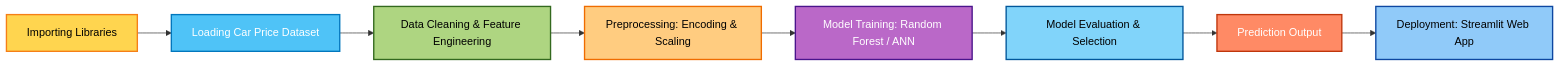
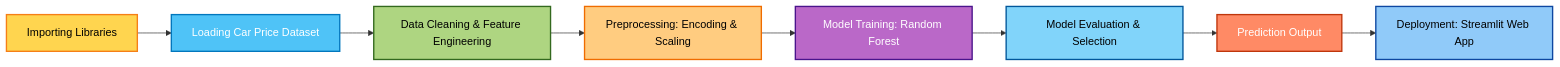
Before and after one commit to Madhu-Babu-26/Car_Price_Prediction_Using_Machine_Learning: the diagram in README.md, drawn with Mermaid. The commit also changed other lines of this file, not shown here.

````diff
--- a/README.md
+++ b/README.md
@@ -118,20 +110,20 @@
 ```mermaid
 flowchart LR
     A[Importing Libraries] --> B[Loading Car Price Dataset]
     B --> C[Data Cleaning & Feature Engineering]
     C --> D[Preprocessing: Encoding & Scaling]
-    D --> E[Model Training: Random Forest / ANN]
+    D --> E[Model Training: Random Forest]
     E --> F[Model Evaluation & Selection]
     F --> G[Prediction Output]
     G --> H[Deployment: Streamlit Web App]
 
     %% Styles
     style A fill:#FFD54F,stroke:#F57F17,stroke-width:2px,color:#000;
     style B fill:#4FC3F7,stroke:#0277BD,stroke-width:2px,color:#fff;
     style C fill:#AED581,stroke:#33691E,stroke-width:2px,color:#000;
     style D fill:#FFCC80,stroke:#EF6C00,stroke-width:2px,color:#000;
     style E fill:#BA68C8,stroke:#4A148C,stroke-width:2px,color:#fff;
     style F fill:#81D4FA,stroke:#01579B,stroke-width:2px,color:#000;
     style G fill:#FF8A65,stroke:#BF360C,stroke-width:2px,color:#fff;
     style H fill:#90CAF9,stroke:#0D47A1,stroke-width:2px,color:#000;
 ```
````
